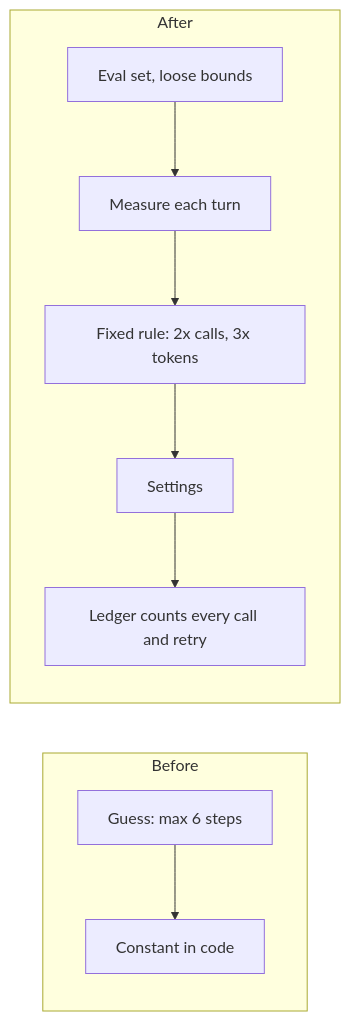
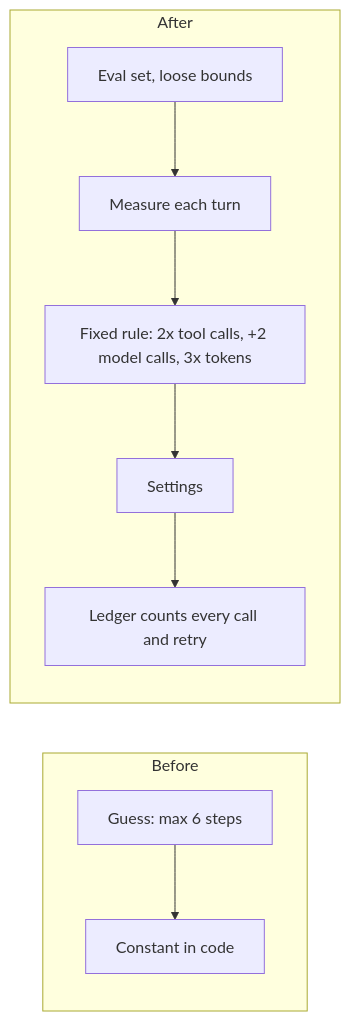
The sixth of 8 diagrams in arch_evolution/README.md (Avinash186200/ai-engineering-from-scratch), drawn with Mermaid before and after one commit. The commit also changed other lines of this file and 6 other files, not shown here.

````diff
--- a/arch_evolution/README.md
+++ b/arch_evolution/README.md
@@ -209,12 +209,12 @@
 ```mermaid
 flowchart LR
     subgraph Before
         G1[Guess: max 6 steps] --> C1[Constant in code]
     end
     subgraph After
         E2[Eval set, loose bounds] --> M2[Measure each turn]
-        M2 --> F2[Fixed rule: 2x calls, 3x tokens]
+        M2 --> F2[Fixed rule: 2x tool calls, +2 model calls, 3x tokens]
         F2 --> S2[Settings]
         S2 --> L2[Ledger counts every call and retry]
     end
 ```
````
